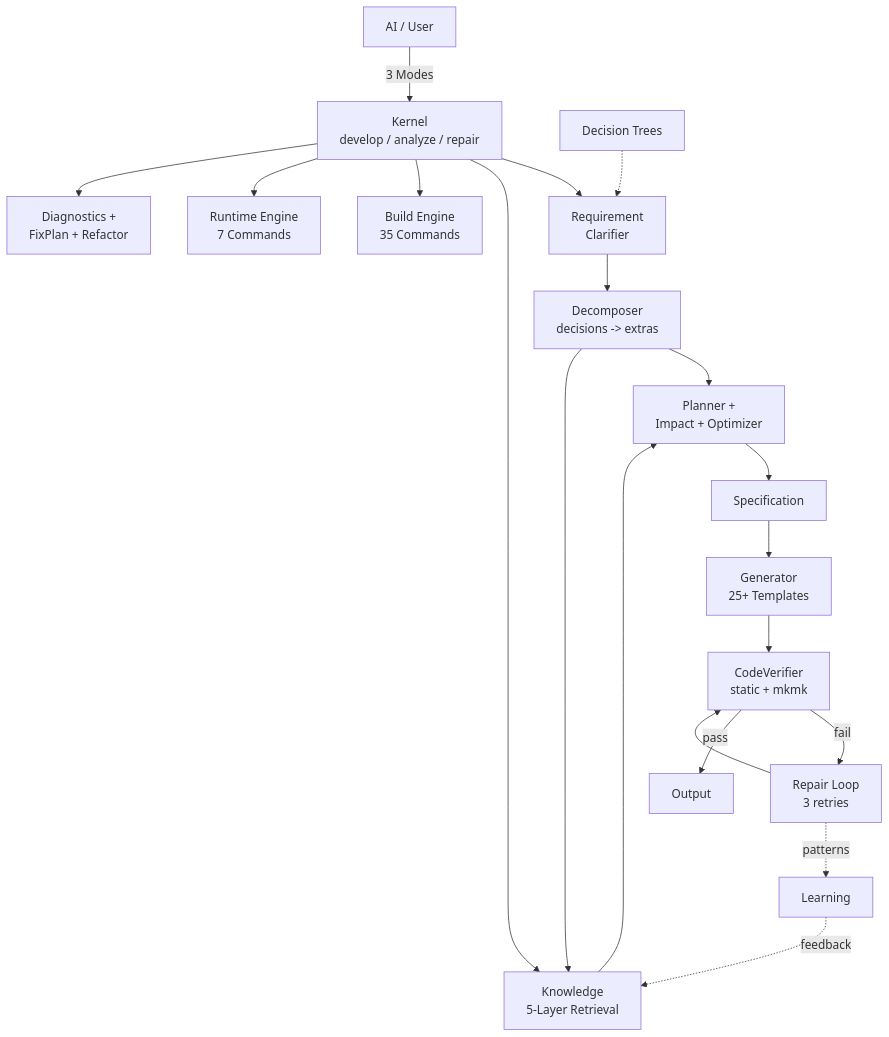
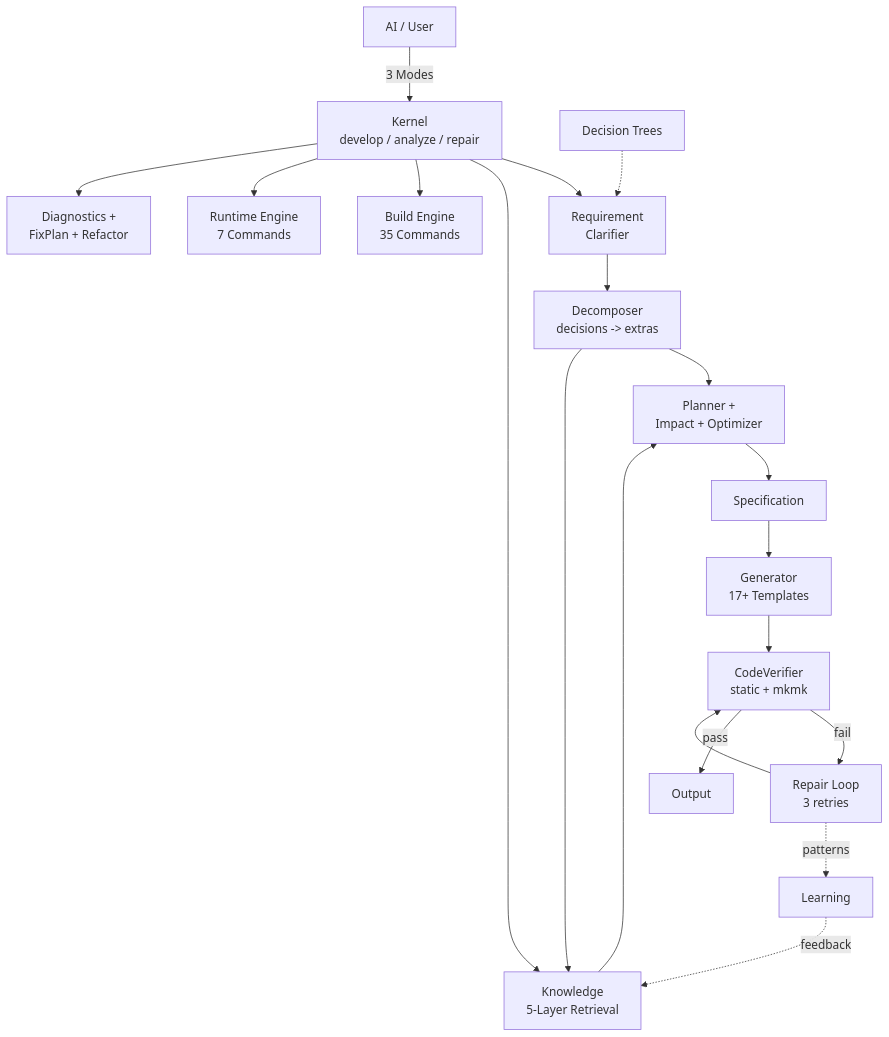
The diagram in README.md (chenlei-gh/CADE), drawn with Mermaid before and after one commit. The commit also changed other lines of this file and 47 other files, not shown here.

````diff
--- a/README.md
+++ b/README.md
@@ -310,25 +309,25 @@
 ```mermaid
 graph TD
     U[AI / User] -->|3 Modes| K[Kernel<br/>develop / analyze / repair]
     K --> R[Requirement<br/>Clarifier]
     D[Decision Trees] -.-> R
     R --> E[Decomposer<br/>decisions -> extras]
     E --> I[Planner +<br/>Impact + Optimizer]
     E --> Q[Knowledge<br/>5-Layer Retrieval]
     I --> S[Specification]
-    S --> G[Generator<br/>25+ Templates]
+    S --> G[Generator<br/>17+ Templates]
     G --> V[CodeVerifier<br/>static + mkmk]
     V -->|fail| P[Repair Loop<br/>3 retries]
     P --> V
     V -->|pass| O[Output]
 
     K --> Q
     Q --> I
 
     K --> B[Build Engine<br/>35 Commands]
     K --> X[Runtime Engine<br/>7 Commands]
     K --> Z[Diagnostics +<br/>FixPlan + Refactor]
 
     L[Learning] -.->|feedback| Q
     P -.->|patterns| L
 ```
````
